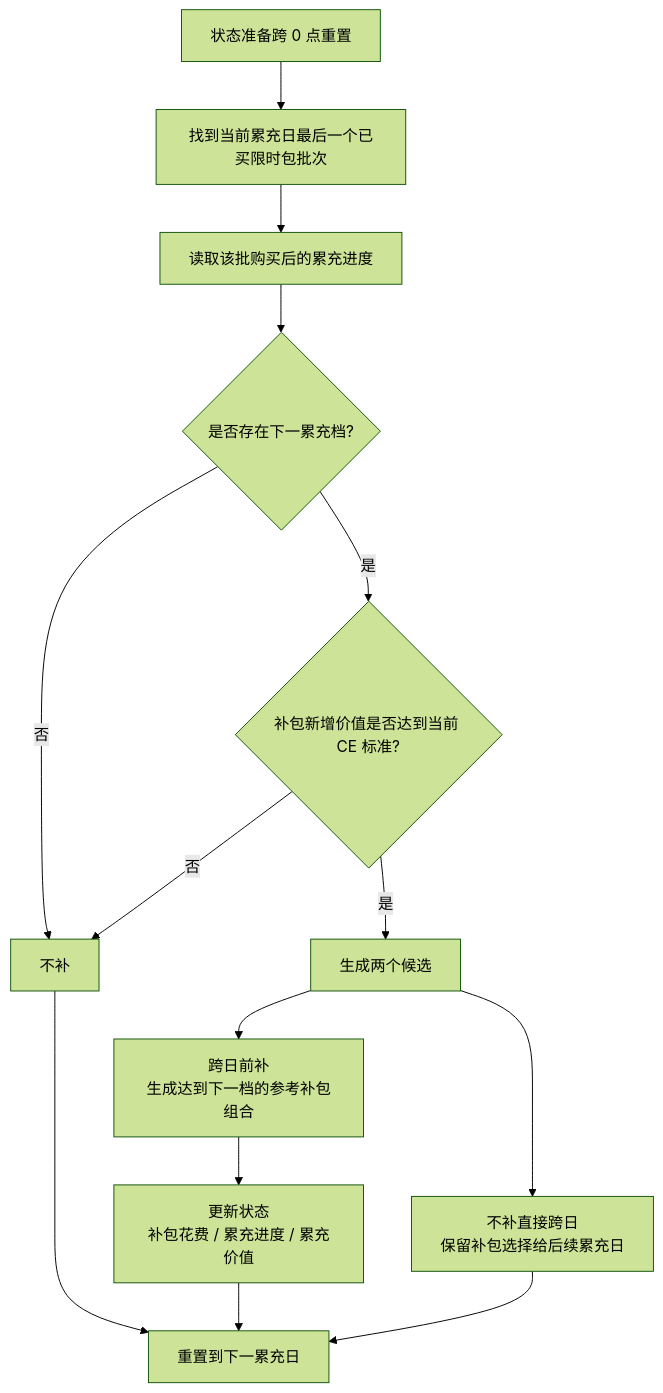
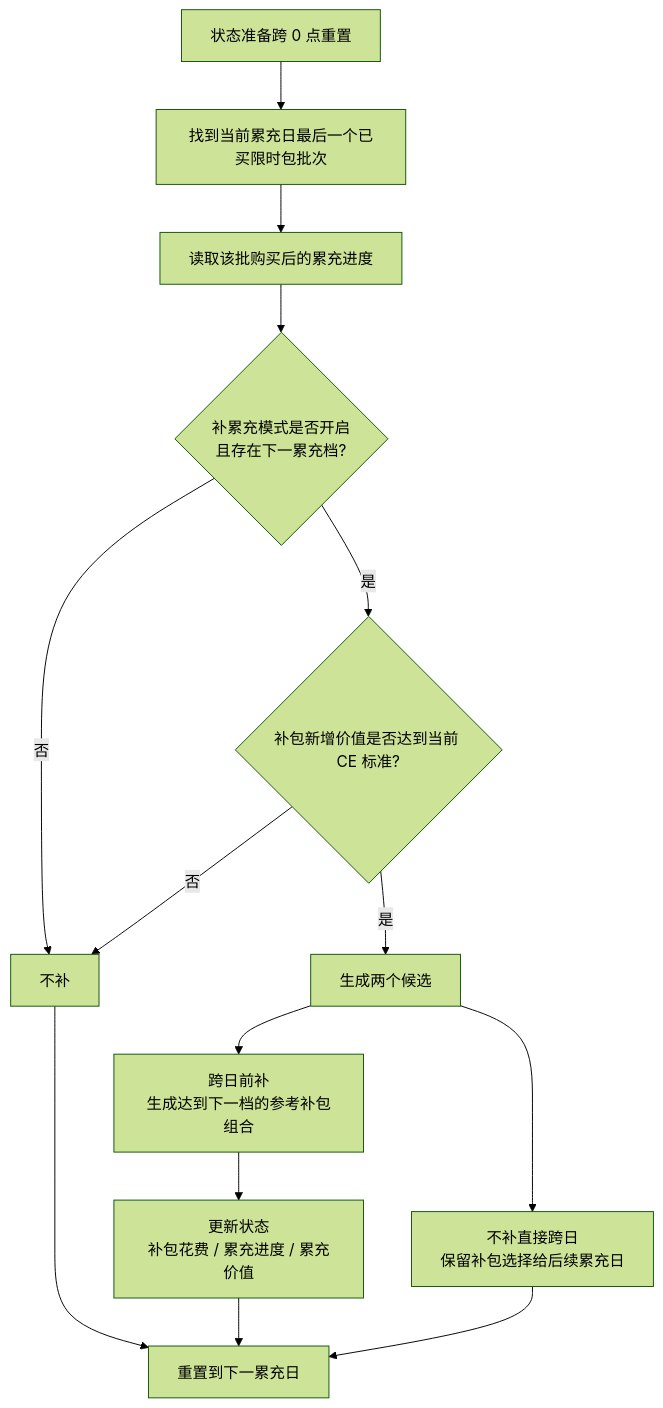
Before and after one commit to hitazuki/mementomori-calculator: the fourth of 4 diagrams in doc/items/UltraSalePack/path-planning-visual.md, drawn with Mermaid (forest theme). The commit also changed other lines of this file and 4 other files, not shown here.

````diff
--- a/doc/items/UltraSalePack/path-planning-visual.md
+++ b/doc/items/UltraSalePack/path-planning-visual.md
@@ -118,16 +127,16 @@
 ```mermaid
 flowchart TD
   A["状态准备跨 0 点重置"] --> B["找到当前累充日最后一个已买限时包批次"]
   B --> B2["读取该批购买后的累充进度"]
-  B2 --> C{"是否存在下一累充档?"}
+  B2 --> C{"补累充模式是否开启<br/>且存在下一累充档?"}
   C -- "否" --> D["不补"]
   C -- "是" --> E{"补包新增价值是否达到当前 CE 标准?"}
   E -- "否" --> D
   E -- "是" --> F["生成两个候选"]
   F --> G["跨日前补<br/>生成达到下一档的参考补包组合"]
   F --> H["不补直接跨日<br/>保留补包选择给后续累充日"]
   G --> I["更新状态<br/>补包花费 / 累充进度 / 累充价值"]
   I --> J["重置到下一累充日"]
   H --> J
   D --> J
 ```
````
